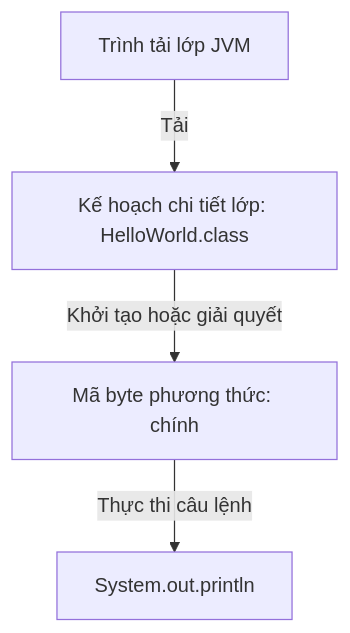
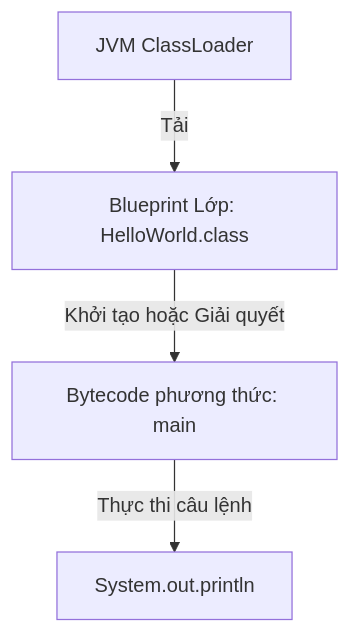
One commit to PhuThien2005/theoretical-of-java-core changed the first of 2 diagrams in vi/02-basic-syntax/theory/01-program-anatomy.md. Above: the diagram before and after it, drawn with Mermaid. The commit also changed other lines of this file and 229 other files, not shown here.

````diff
--- a/vi/02-basic-syntax/theory/01-program-anatomy.md
+++ b/vi/02-basic-syntax/theory/01-program-anatomy.md
@@ -29,6 +29,6 @@
 ```mermaid
 flowchart TD
-    A[Trình tải lớp JVM] -->|Tải| B["Kế hoạch chi tiết lớp: HelloWorld.class"]
-    B -->|Khởi tạo hoặc giải quyết| C["Mã byte phương thức: chính"]
+    A[JVM ClassLoader] -->|Tải| B["Blueprint Lớp: HelloWorld.class"]
+    B -->|Khởi tạo hoặc Giải quyết| C["Bytecode phương thức: main"]
     C -->|Thực thi câu lệnh| D["System.out.println"]
 ```
````
